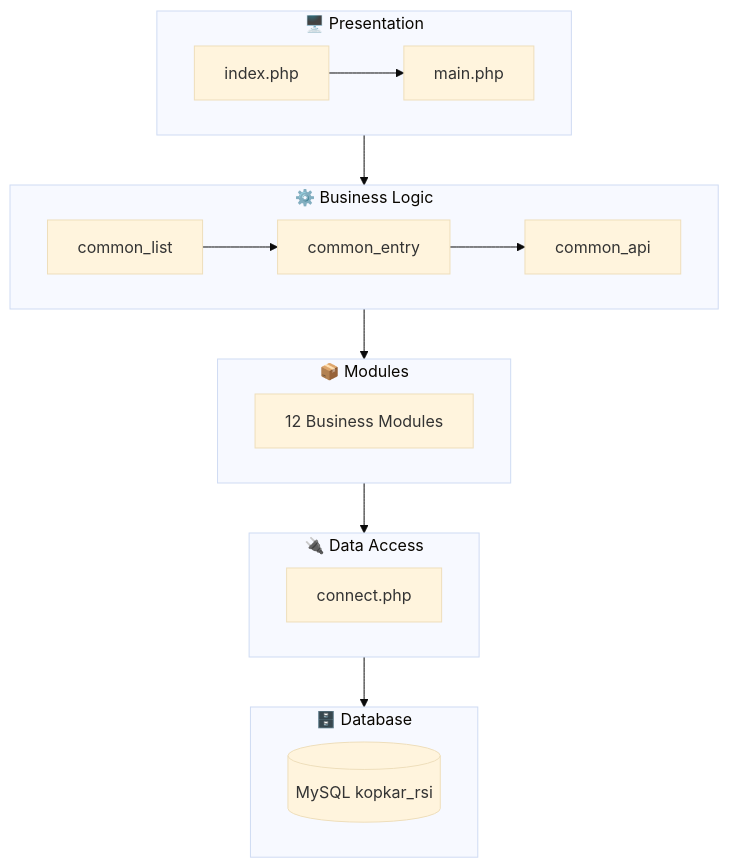
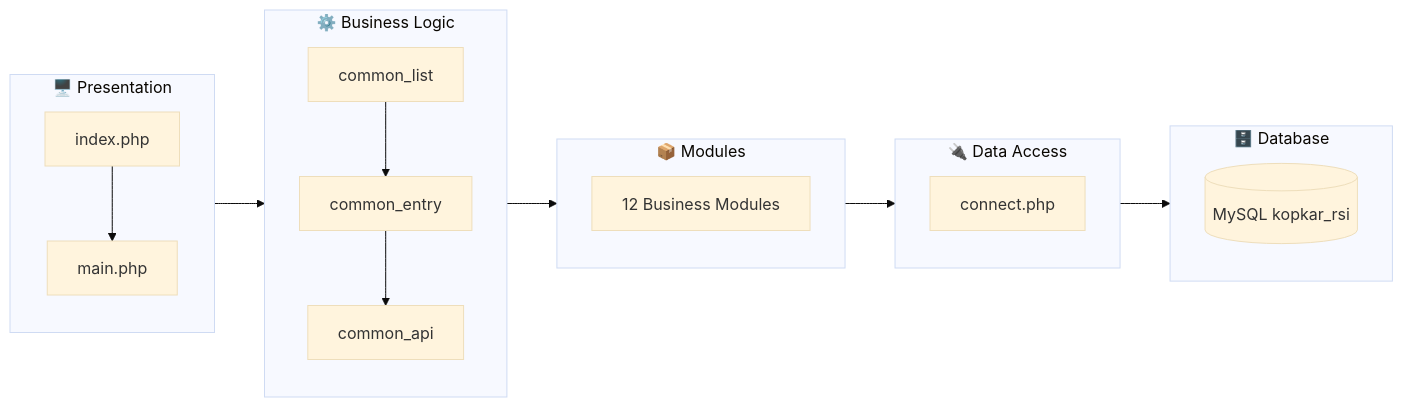
Diagram 19 of 20 in DOKUMENTASI_DESAIN_SISTEM.md (jaycakep/kopkar-pos-cooperative-system), drawn with Mermaid (base theme) before and after one commit.

Commit message:
docs: ubah stack overview jadi horizontal

````diff
--- a/DOKUMENTASI_DESAIN_SISTEM.md
+++ b/DOKUMENTASI_DESAIN_SISTEM.md
@@ -1038,23 +1038,20 @@
 ```mermaid
-flowchart TB
+flowchart LR
     subgraph L1["🖥️ Presentation"]
         idx[index.php] --> mn[main.php]
     end
     subgraph L2["⚙️ Business Logic"]
         cl[common_list] --> ce[common_entry] --> capi[common_api]
     end
     subgraph L3["📦 Modules"]
         mod[12 Business Modules]
     end
     subgraph L4["🔌 Data Access"]
         conn[connect.php]
     end
     subgraph L5["🗄️ Database"]
         sqldb[(MySQL kopkar_rsi)]
     end
 
-    L1 --> L2
-    L2 --> L3
-    L3 --> L4
-    L4 --> L5
+    L1 --> L2 --> L3 --> L4 --> L5
 ```
````
